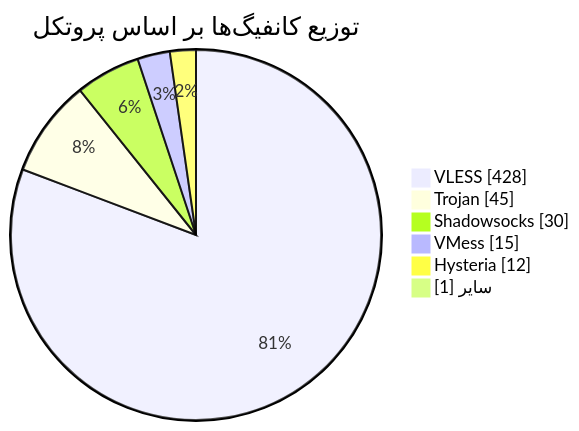
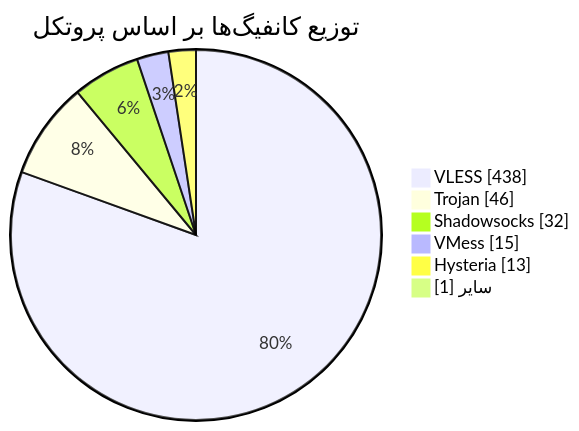
The diagram in README.md (Arian-Alijani/Somthing), drawn with Mermaid before and after one commit. The commit also changed other lines of this file and 75 other files, not shown here.

````diff
--- a/README.md
+++ b/README.md
@@ -48,10 +48,10 @@
 ```mermaid
 pie showData
     title توزیع کانفیگ‌ها بر اساس پروتکل
-    "VLESS" : 428
-    "Trojan" : 45
-    "Shadowsocks" : 30
+    "VLESS" : 438
+    "Trojan" : 46
+    "Shadowsocks" : 32
     "VMess" : 15
-    "Hysteria" : 12
+    "Hysteria" : 13
     "سایر" : 1
 ```
````
